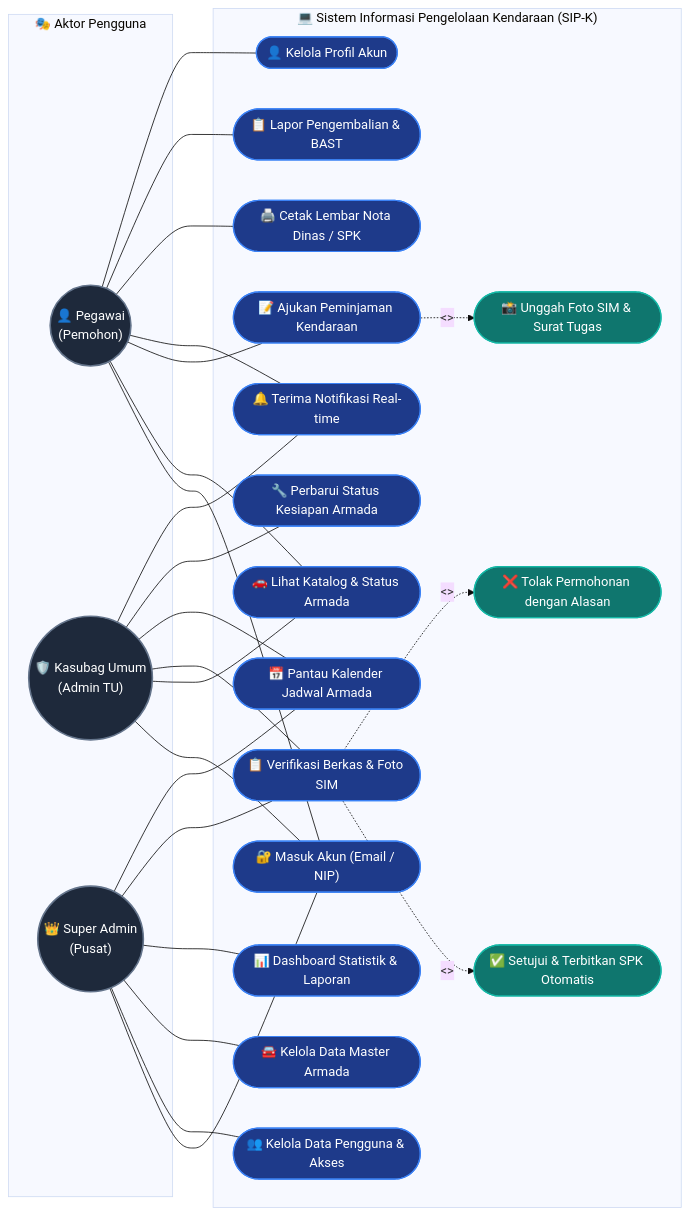
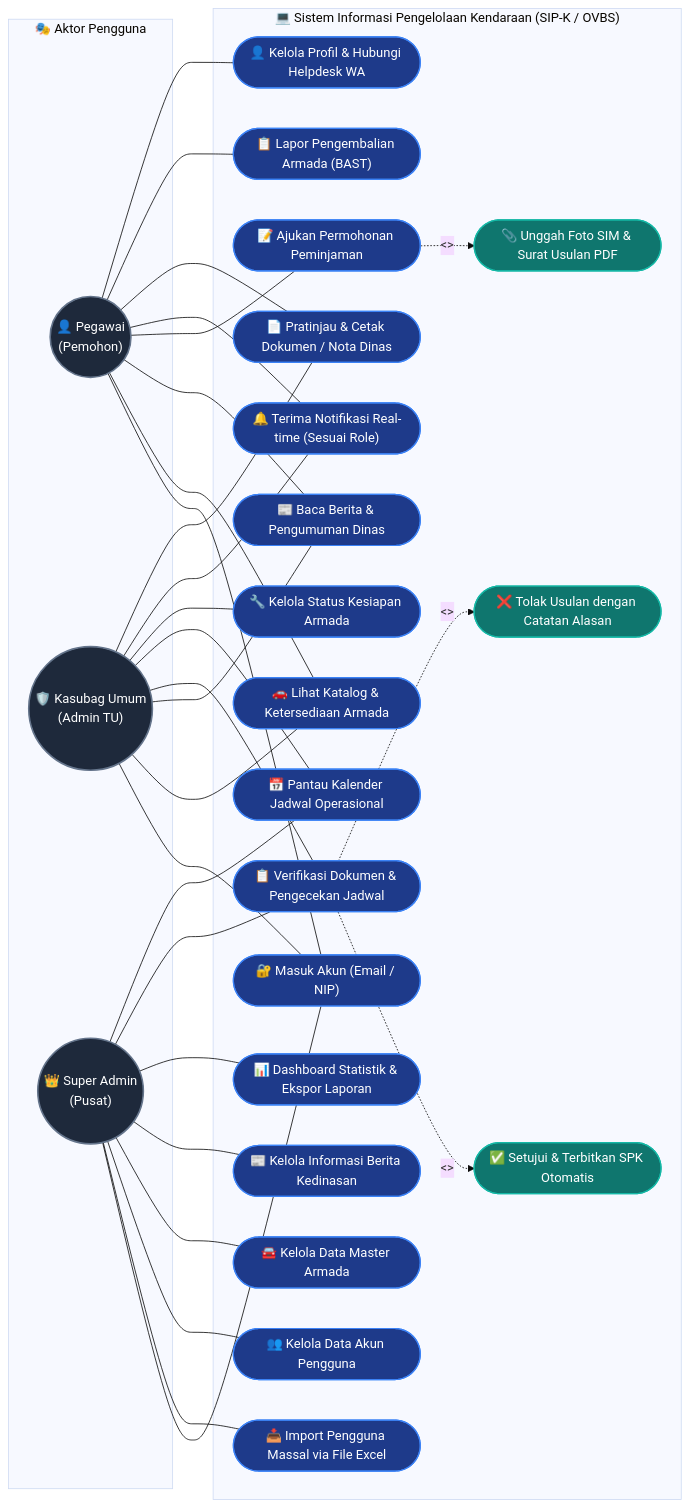
One commit to ahdewa/Sip-k changed the first of 3 diagrams in README.md. Above: the diagram before and after it, drawn with Mermaid (base theme). The commit also changed other lines of this file, not shown here.

Commit message:
docs: perbarui README.md dengan arsitektur performa tinggi, fitur import excel, dual pdf viewer, dan panduan deployment azure vm

````diff
--- a/README.md
+++ b/README.md
@@ -87,69 +127,75 @@
 ```mermaid
 flowchart LR
     subgraph AKTOR["🎭 Aktor Pengguna"]
         Pegawai(("👤 Pegawai<br/>(Pemohon)"))
         Kasubag(("🛡️ Kasubag Umum<br/>(Admin TU)"))
         SuperAdmin(("👑 Super Admin<br/>(Pusat)"))
     end
 
-    subgraph SISTEM["💻 Sistem Informasi Pengelolaan Kendaraan (SIP-K)"]
+    subgraph SISTEM["💻 Sistem Informasi Pengelolaan Kendaraan (SIP-K / OVBS)"]
         UC_Auth(["🔐 Masuk Akun (Email / NIP)"])
-        UC_Catalog(["🚗 Lihat Katalog & Status Armada"])
-        UC_Loan(["📝 Ajukan Peminjaman Kendaraan"])
-        UC_UploadSIM(["📸 Unggah Foto SIM & Surat Tugas"])
-        UC_Notif(["🔔 Terima Notifikasi Real-time"])
-        UC_PrintND(["🖨️ Cetak Lembar Nota Dinas / SPK"])
-        UC_Return(["📋 Lapor Pengembalian & BAST"])
-        UC_Profile(["👤 Kelola Profil Akun"])
+        UC_Catalog(["🚗 Lihat Katalog & Ketersediaan Armada"])
+        UC_News(["📰 Baca Berita & Pengumuman Dinas"])
+        UC_Loan(["📝 Ajukan Permohonan Peminjaman"])
+        UC_UploadDoc(["📎 Unggah Foto SIM & Surat Usulan PDF"])
+        UC_Notif(["🔔 Terima Notifikasi Real-time (Sesuai Role)"])
+        UC_PrintND(["📄 Pratinjau & Cetak Dokumen / Nota Dinas"])
+        UC_Return(["📋 Lapor Pengembalian Armada (BAST)"])
+        UC_Profile(["👤 Kelola Profil & Hubungi Helpdesk WA"])
 
-        UC_Verify(["📋 Verifikasi Berkas & Foto SIM"])
+        UC_Verify(["📋 Verifikasi Dokumen & Pengecekan Jadwal"])
         UC_Approve(["✅ Setujui & Terbitkan SPK Otomatis"])
-        UC_Reject(["❌ Tolak Permohonan dengan Alasan"])
-        UC_Calendar(["📅 Pantau Kalender Jadwal Armada"])
-        UC_AssetStatus(["🔧 Perbarui Status Kesiapan Armada"])
+        UC_Reject(["❌ Tolak Usulan dengan Catatan Alasan"])
+        UC_Calendar(["📅 Pantau Kalender Jadwal Operasional"])
+        UC_AssetStatus(["🔧 Kelola Status Kesiapan Armada"])
 
-        UC_ManageUser(["👥 Kelola Data Pengguna & Akses"])
+        UC_ImportUser(["📥 Import Pengguna Massal via File Excel"])
+        UC_ManageUser(["👥 Kelola Data Akun Pengguna"])
         UC_ManageVehicle(["🚘 Kelola Data Master Armada"])
-        UC_Analytics(["📊 Dashboard Statistik & Laporan"])
+        UC_ManageNews(["📰 Kelola Informasi Berita Kedinasan"])
+        UC_Analytics(["📊 Dashboard Statistik & Ekspor Laporan"])
     end
 
     %% Hubungan Pegawai (Pemohon)
     Pegawai --- UC_Auth
     Pegawai --- UC_Catalog
+    Pegawai --- UC_News
     Pegawai --- UC_Loan
     Pegawai --- UC_Notif
     Pegawai --- UC_PrintND
     Pegawai --- UC_Return
     Pegawai --- UC_Profile
 
-    %% Relasi include peminjaman
-    UC_Loan -.->|"<<meliputi>>"| UC_UploadSIM
+    UC_Loan -.->|"<<meliputi>>"| UC_UploadDoc
 
     %% Hubungan Kasubag Umum (Admin TU)
     Kasubag --- UC_Auth
     Kasubag --- UC_Catalog
+    Kasubag --- UC_News
     Kasubag --- UC_Verify
     Kasubag --- UC_Calendar
     Kasubag --- UC_AssetStatus
     Kasubag --- UC_Notif
+    Kasubag --- UC_PrintND
 
-    %% Relasi include verifikasi
     UC_Verify -.->|"<<meliputi>>"| UC_Approve
     UC_Verify -.->|"<<meliputi>>"| UC_Reject
 
-    %% Hubungan Super Administrator (Pusat)
+    %% Hubungan Super Administrator
     SuperAdmin --- UC_Auth
+    SuperAdmin --- UC_ImportUser
     SuperAdmin --- UC_ManageUser
     SuperAdmin --- UC_ManageVehicle
+    SuperAdmin --- UC_ManageNews
     SuperAdmin --- UC_Analytics
     SuperAdmin --- UC_Verify
     SuperAdmin --- UC_Calendar
 
     classDef actor fill:#1E293B,stroke:#64748B,stroke-width:2px,color:#fff;
     classDef usecase fill:#1E3A8A,stroke:#3B82F6,stroke-width:1.5px,color:#fff;
     classDef includeUC fill:#0F766E,stroke:#14B8A6,stroke-width:1.5px,color:#fff;
 
     class Pegawai,Kasubag,SuperAdmin actor;
-    class UC_Auth,UC_Catalog,UC_Loan,UC_Notif,UC_PrintND,UC_Return,UC_Profile,UC_Verify,UC_Calendar,UC_AssetStatus,UC_ManageUser,UC_ManageVehicle,UC_Analytics usecase;
-    class UC_UploadSIM,UC_Approve,UC_Reject includeUC;
+    class UC_Auth,UC_Catalog,UC_News,UC_Loan,UC_Notif,UC_PrintND,UC_Return,UC_Profile,UC_Verify,UC_Calendar,UC_AssetStatus,UC_ImportUser,UC_ManageUser,UC_ManageVehicle,UC_ManageNews,UC_Analytics usecase;
+    class UC_UploadDoc,UC_Approve,UC_Reject includeUC;
 ```
````
